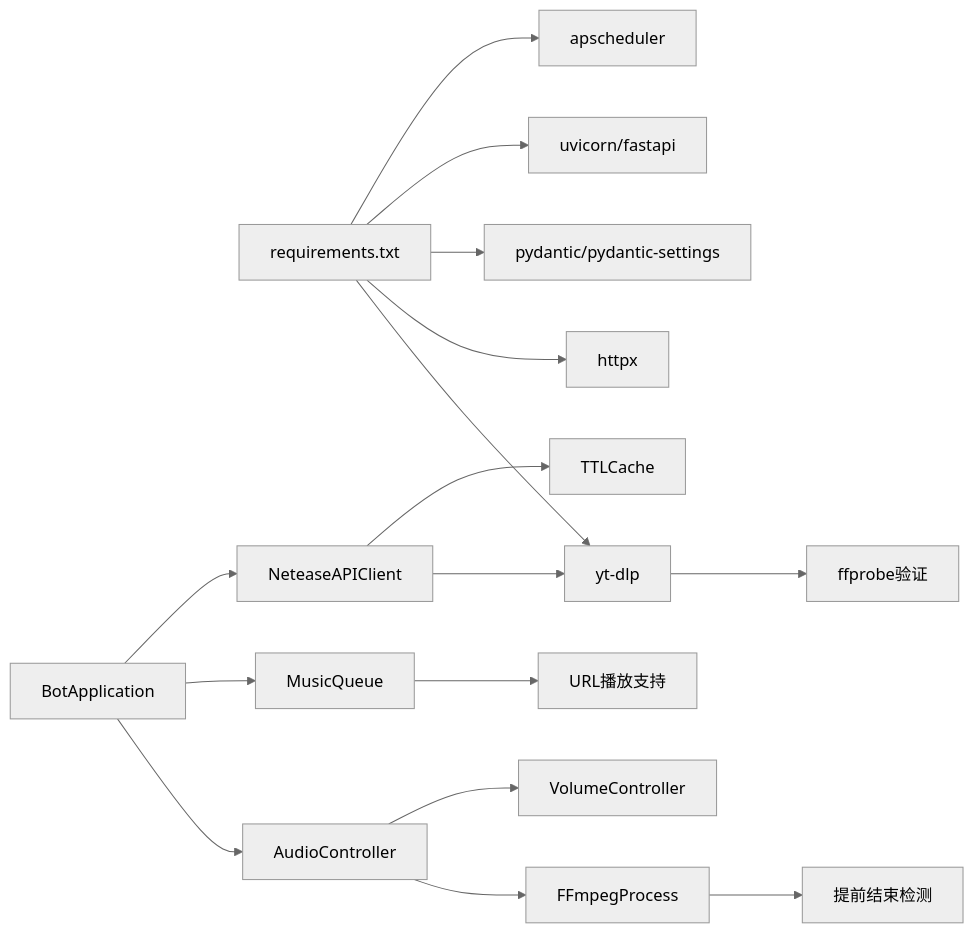
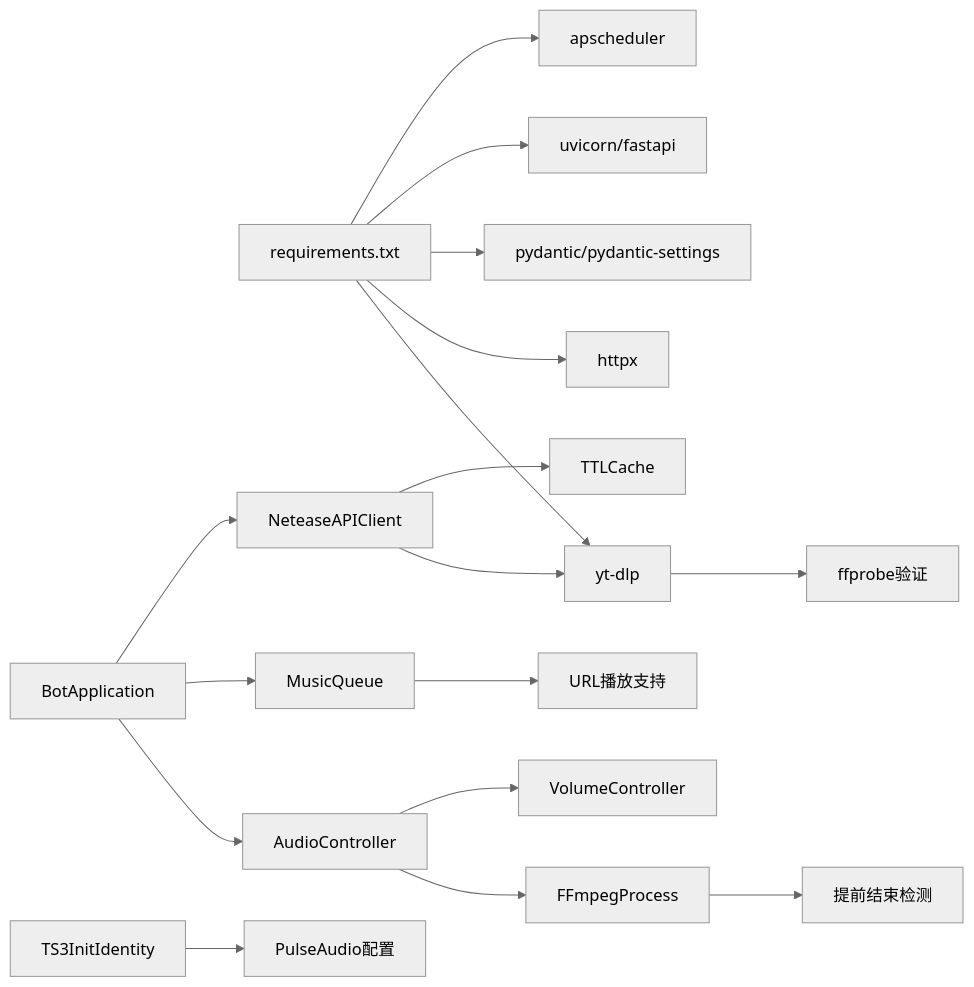
Before and after one commit to GhoulOwl/Teamspeak3_Bot: diagram 11 of 11 in .qoder/repowiki/zh/content/音乐播放系统/音乐播放系统.md, drawn with Mermaid (neutral theme). The commit also changed other lines of this file and 6 other files, not shown here.

````diff
--- a/.qoder/repowiki/zh/content/音乐播放系统/音乐播放系统.md
+++ b/.qoder/repowiki/zh/content/音乐播放系统/音乐播放系统.md
@@ -487,18 +556,19 @@
 ```mermaid
 graph LR
 REQ["requirements.txt"] --> YT["yt-dlp"]
 REQ --> HTTPX["httpx"]
 REQ --> PYD["pydantic/pydantic-settings"]
 REQ --> UV["uvicorn/fastapi"]
 REQ --> APS["apscheduler"]
 APP["BotApplication"] --> CTRL["AudioController"]
 APP --> QUEUE["MusicQueue"]
 APP --> NET["NeteaseAPIClient"]
 CTRL --> FFMPEG["FFmpegProcess"]
 CTRL --> VOL["VolumeController"]
 NET --> YT
 NET --> CACHE["TTLCache"]
 QUEUE --> URL["URL播放支持"]
 FFMPEG --> PREMATURE["提前结束检测"]
 YT --> FFPROBE["ffprobe验证"]
+TS3INIT["TS3InitIdentity"] --> AUDIOCFG["PulseAudio配置"]
 ```
````
